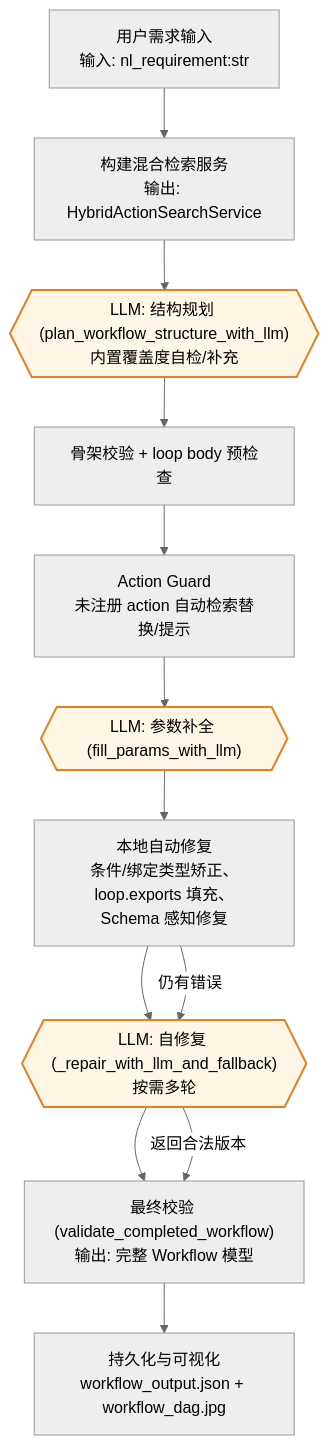
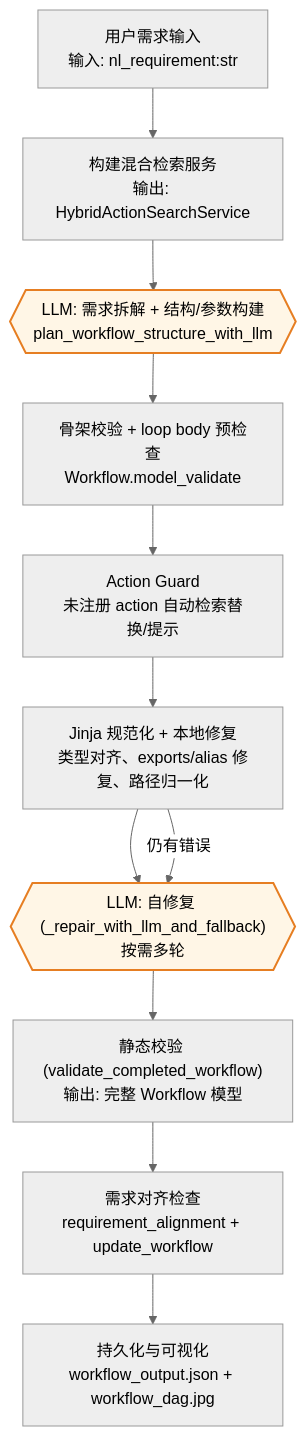
One commit to zhongkaifu/VelvetFlow changed the third of 3 diagrams in README.md. Above: the diagram before and after it, drawn with Mermaid (neutral theme). The commit also changed other lines of this file and 5 other files, not shown here.

Commit message:
Update docs to reflect planner and validation flow

````diff
--- a/README.md
+++ b/README.md
@@ -216,17 +221,16 @@
 ```mermaid
 flowchart TD
     A["用户需求输入\n输入: nl_requirement:str"] --> B
     B["构建混合检索服务\n输出: HybridActionSearchService"] --> C
-    C{{"LLM: 结构规划 (plan_workflow_structure_with_llm)\n内置覆盖度自检/补充"}} --> D
-    D["骨架校验 + loop body 预检查"] --> E
+    C{{"LLM: 需求拆解 + 结构/参数构建\nplan_workflow_structure_with_llm"}} --> D
+    D["骨架校验 + loop body 预检查\nWorkflow.model_validate"] --> E
     E["Action Guard\n未注册 action 自动检索替换/提示"] --> F
-    F{{"LLM: 参数补全 (fill_params_with_llm)"}} --> G
-    G["本地自动修复\n条件/绑定类型矫正、loop.exports 填充、Schema 感知修复"] --> H
-    H{{"LLM: 自修复 (_repair_with_llm_and_fallback)\n按需多轮"}} --> I
-    G -->|仍有错误| H
-    H -->|返回合法版本| I
-    I["最终校验 (validate_completed_workflow)\n输出: 完整 Workflow 模型"] --> J["持久化与可视化\nworkflow_output.json + workflow_dag.jpg"]
+    F["Jinja 规范化 + 本地修复\n类型对齐、exports/alias 修复、路径归一化"] --> G
+    G{{"LLM: 自修复 (_repair_with_llm_and_fallback)\n按需多轮"}} --> H
+    F -->|仍有错误| G
+    H["静态校验 (validate_completed_workflow)\n输出: 完整 Workflow 模型"] --> I
+    I["需求对齐检查\nrequirement_alignment + update_workflow"] --> J["持久化与可视化\nworkflow_output.json + workflow_dag.jpg"]
 
     classDef llm fill:#fff6e6,stroke:#e67e22,stroke-width:2px;
-    class C,F,H llm;
+    class C,G llm;
 ```
````
